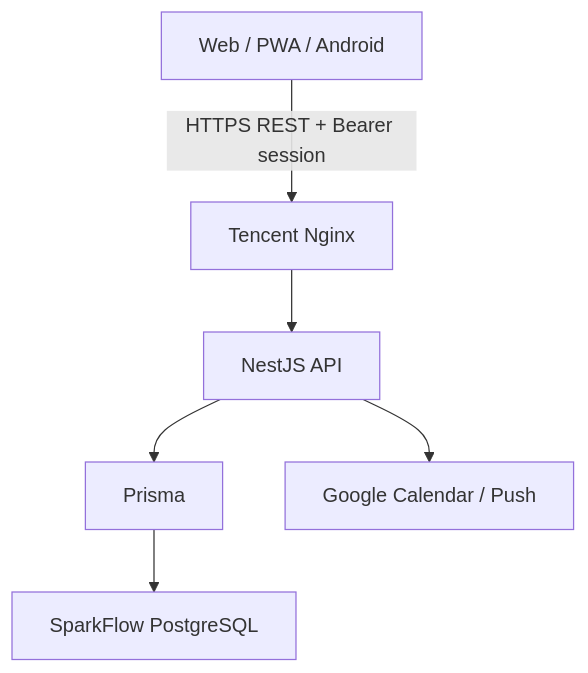
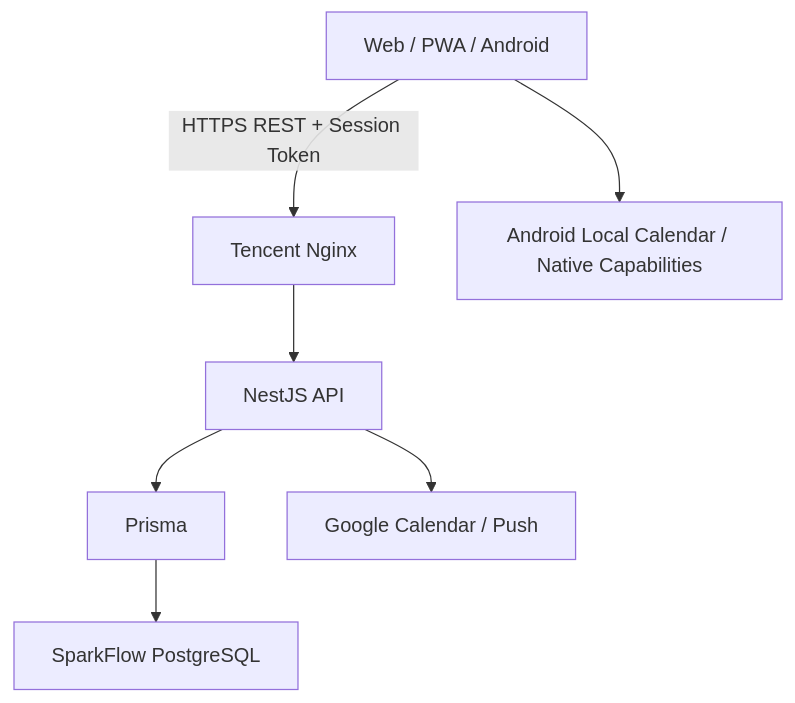
One commit to tiads031-boop/sparkflow changed the first of 2 diagrams in PROJECT_BLUEPRINT.md. Above: the diagram before and after it, drawn with Mermaid. The commit also changed other lines of this file, not shown here.

Commit message:
docs: synchronize project blueprint with current roadmap

````diff
--- a/PROJECT_BLUEPRINT.md
+++ b/PROJECT_BLUEPRINT.md
@@ -41,8 +99,9 @@
 ```mermaid
 flowchart TD
-    A["Web / PWA / Android"] -->|"HTTPS REST + Bearer session"| B["Tencent Nginx"]
+    A["Web / PWA / Android"] -->|"HTTPS REST + Session Token"| B["Tencent Nginx"]
     B --> C["NestJS API"]
     C --> D["Prisma"]
     D --> E["SparkFlow PostgreSQL"]
     C --> F["Google Calendar / Push"]
+    A --> G["Android Local Calendar / Native Capabilities"]
 ```
````
